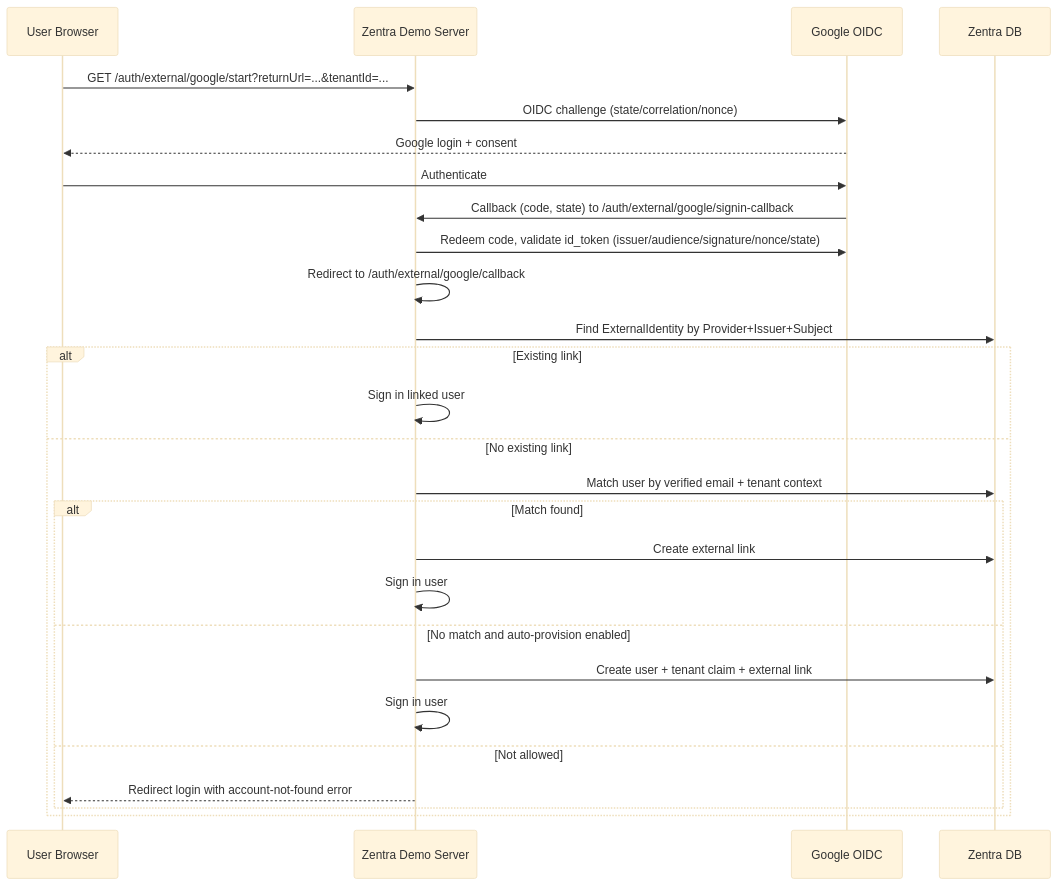
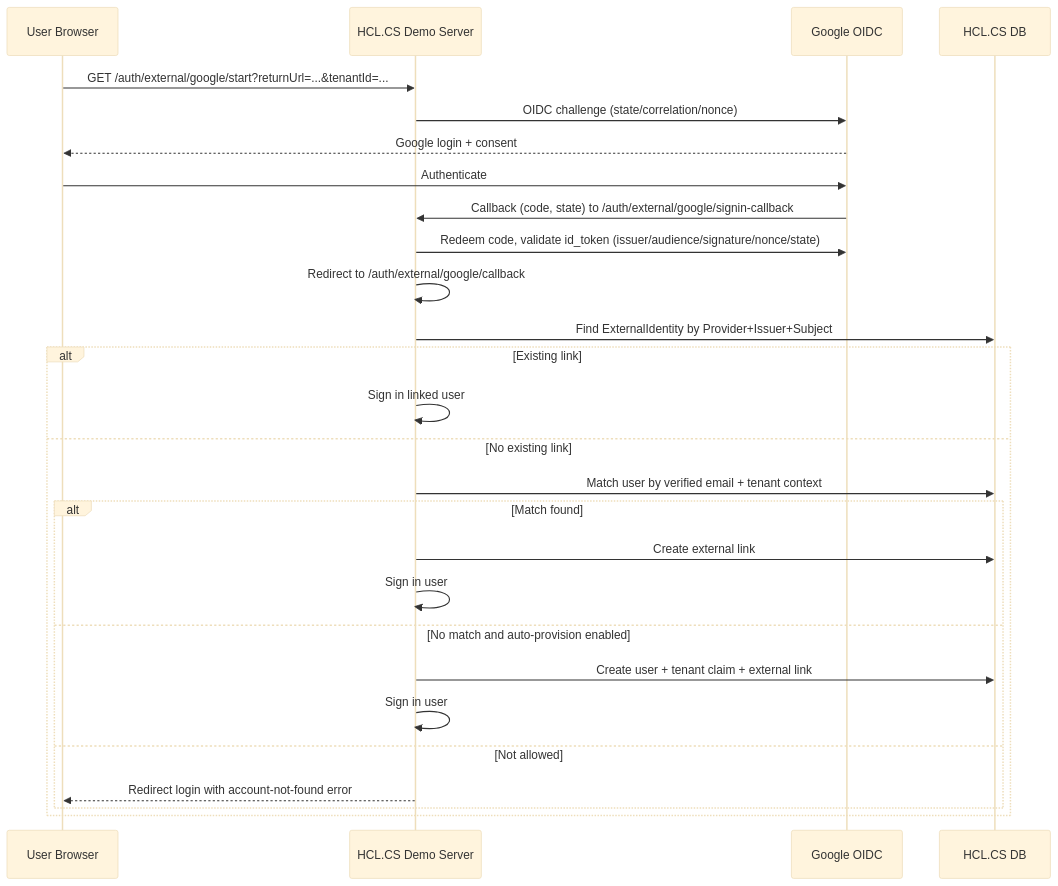
One commit to feroz-hub/SF changed the diagram in docs/auth/google-signin.md. Above: the diagram before and after it, drawn with Mermaid (base theme). The commit also changed other lines of this file and 2233 other files, not shown here.

````diff
--- a/docs/auth/google-signin.md
+++ b/docs/auth/google-signin.md
@@ -16,30 +16,30 @@
 ```mermaid
 sequenceDiagram
     participant U as User Browser
-    participant Z as Zentra Demo Server
+    participant Z as HCL.CS Demo Server
     participant G as Google OIDC
-    participant DB as Zentra DB
+    participant DB as HCL.CS DB
 
     U->>Z: GET /auth/external/google/start?returnUrl=...&tenantId=...
     Z->>G: OIDC challenge (state/correlation/nonce)
     G-->>U: Google login + consent
     U->>G: Authenticate
     G->>Z: Callback (code, state) to /auth/external/google/signin-callback
     Z->>G: Redeem code, validate id_token (issuer/audience/signature/nonce/state)
     Z->>Z: Redirect to /auth/external/google/callback
     Z->>DB: Find ExternalIdentity by Provider+Issuer+Subject
     alt Existing link
         Z->>Z: Sign in linked user
     else No existing link
         Z->>DB: Match user by verified email + tenant context
         alt Match found
             Z->>DB: Create external link
             Z->>Z: Sign in user
         else No match and auto-provision enabled
             Z->>DB: Create user + tenant claim + external link
             Z->>Z: Sign in user
         else Not allowed
             Z-->>U: Redirect login with account-not-found error
         end
     end
 ```
````
